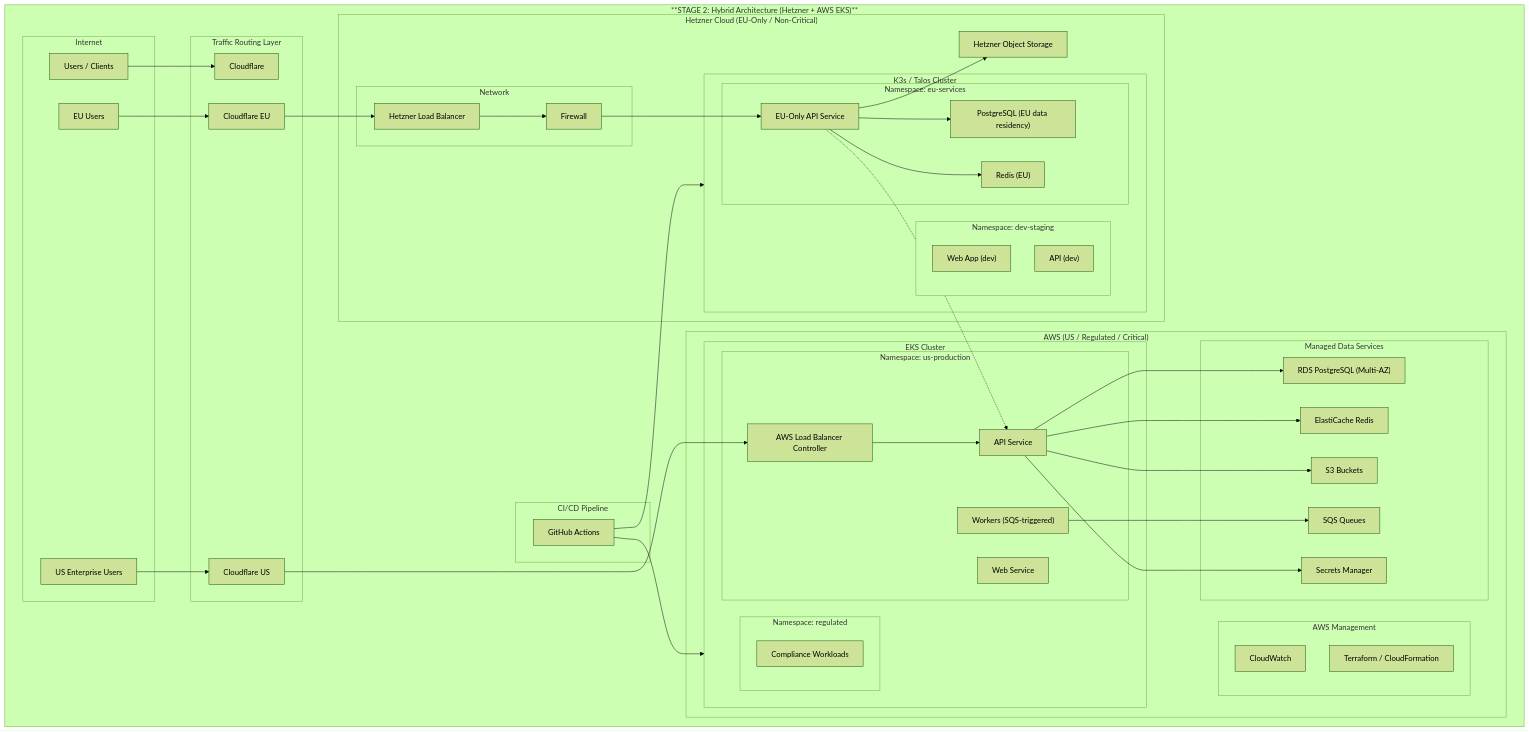
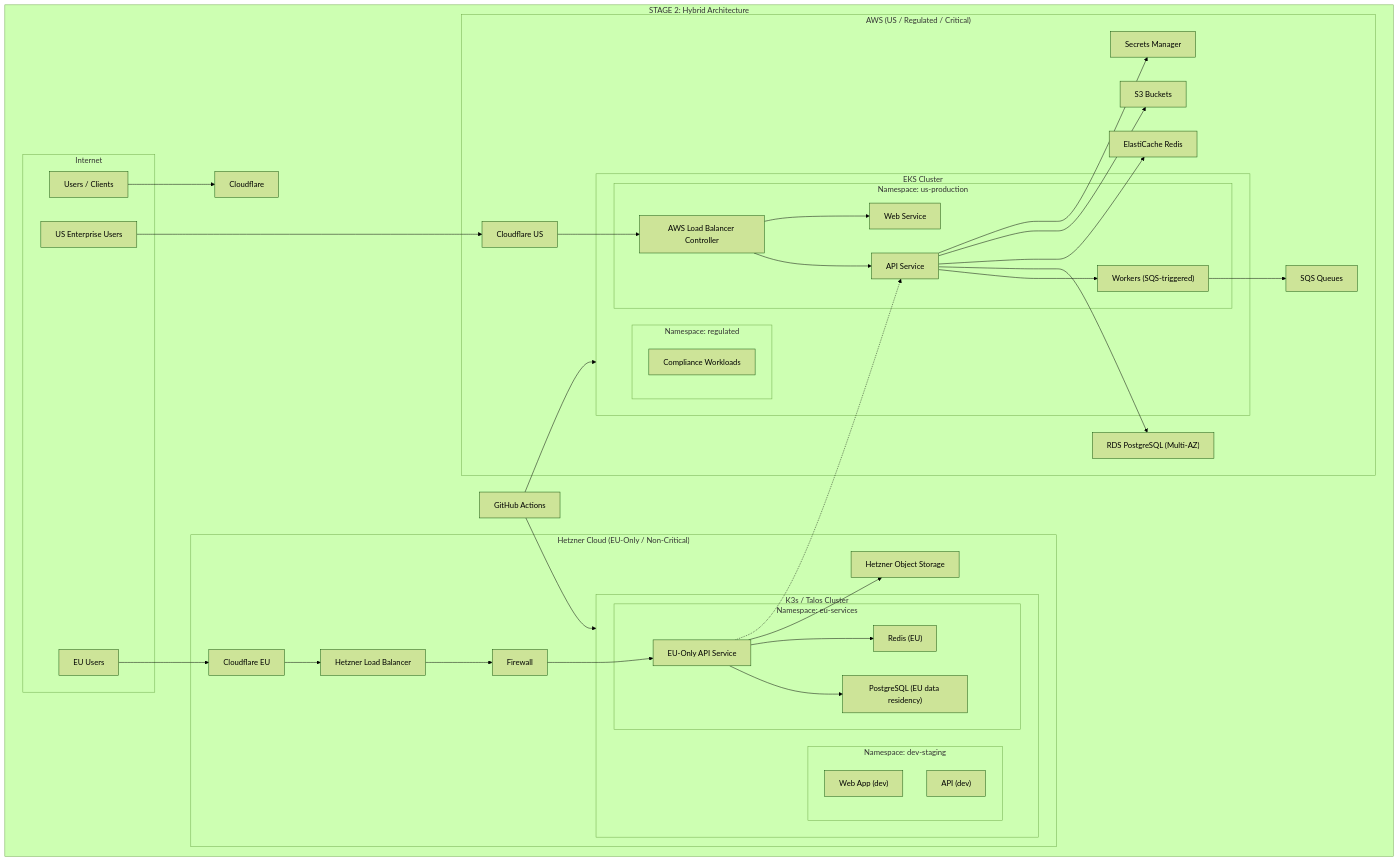
One commit to DurianLAB/hetzner-to-eks changed the third of 10 diagrams in README.md. Above: the diagram before and after it, drawn with Mermaid (forest theme). The commit also changed other lines of this file, not shown here.

````diff
--- a/README.md
+++ b/README.md
@@ -149,96 +125,64 @@
 ```mermaid
 flowchart TB
-    subgraph STAGE2["**STAGE 2: Hybrid Architecture (Hetzner + AWS EKS)**"]
+    subgraph STAGE2["STAGE 2: Hybrid Architecture"]
 
         subgraph INTERNET["Internet"]
-            USERS["Users / Clients"]
-            US_USERS["US Enterprise Users"]
-            EU_USERS["EU Users"]
+            US["Users / Clients"]
+            US_US["US Enterprise Users"]
+            EU_US["EU Users"]
         end
 
-        subgraph ROUTING["Traffic Routing Layer"]
-            CF["Cloudflare"]
-            CF_EU["Cloudflare EU"]
-            CF_US["Cloudflare US"]
-        end
+        US --> CF["Cloudflare"]
+        US_US --> CF_US["Cloudflare US"]
+        EU_US --> CF_EU["Cloudflare EU"]
 
         subgraph HETZNER["Hetzner Cloud (EU-Only / Non-Critical)"]
-            subgraph H_NET["Network"]
-                H_LB["Hetzner Load Balancer"]
-                H_FW["Firewall"]
-            end
+            CF_EU --> H_LB["Hetzner Load Balancer"]
+            H_LB --> H_FW["Firewall"]
+            H_FW --> H_API["EU-Only API Service"]
+            H_API --> H_DB["PostgreSQL (EU data residency)"]
+            H_API --> H_CACHE["Redis (EU)"]
+            H_API --> H_OBJ["Hetzner Object Storage"]
 
             subgraph H_K8S["K3s / Talos Cluster"]
-                subgraph H_NS_DEV["Namespace: dev-staging"]
+                subgraph H_NS1["Namespace: dev-staging"]
                     H_WEB_DEV["Web App (dev)"]
                     H_API_DEV["API (dev)"]
                 end
-
-                subgraph H_NS_EU["Namespace: eu-services"]
-                    H_EU_API["EU-Only API Service"]
-                    H_EU_DB["PostgreSQL (EU data residency)"]
-                    H_CACHE["Redis (EU)"]
+                subgraph H_NS2["Namespace: eu-services"]
+                    H_API
+                    H_DB
+                    H_CACHE
                 end
             end
-
-            H_OBJ["Hetzner Object Storage"]
         end
 
         subgraph AWS["AWS (US / Regulated / Critical)"]
+            CF_US --> AWS_ING["AWS Load Balancer Controller"]
+            AWS_ING --> AWS_API["API Service"]
+            AWS_ING --> AWS_WEB["Web Service"]
+            AWS_API --> AWS_WORKER["Workers (SQS-triggered)"]
+            AWS_API --> AWS_RDS["RDS PostgreSQL (Multi-AZ)"]
+            AWS_API --> AWS_ELASTI["ElastiCache Redis"]
+            AWS_API --> AWS_S3["S3 Buckets"]
+            AWS_WORKER --> AWS_SQS["SQS Queues"]
+            AWS_API --> AWS_SECRETS["Secrets Manager"]
+
             subgraph AWS_EKS["EKS Cluster"]
                 subgraph AWS_NS1["Namespace: us-production"]
-                    AWS_ING["AWS Load Balancer Controller"]
-                    AWS_API["API Service"]
-                    AWS_WEB["Web Service"]
-                    AWS_WORKER["Workers (SQS-triggered)"]
+                    AWS_ING
+                    AWS_API
+                    AWS_WEB
+                    AWS_WORKER
                 end
-
                 subgraph AWS_NS2["Namespace: regulated"]
-                    AWS_COMPLIANCE["Compliance Workloads"]
+                    AWS_COMP["Compliance Workloads"]
                 end
-            end
-
-            subgraph AWS_DATA["Managed Data Services"]
-                AWS_RDS["RDS PostgreSQL (Multi-AZ)"]
-                AWS_ELASTI["ElastiCache Redis"]
-                AWS_S3["S3 Buckets"]
-                AWS_SQS["SQS Queues"]
-                AWS_SECRETS["Secrets Manager"]
-            end
-
-            subgraph AWS_MGMT["AWS Management"]
-                AWS_CW["CloudWatch"]
-                AWS_CFN["Terraform / CloudFormation"]
             end
         end
 
-        subgraph CI_CD["CI/CD Pipeline"]
-            GH_ACTIONS["GitHub Actions"]
-        end
-
-        USERS --> CF
-        US_USERS --> CF_US
-        EU_USERS --> CF_EU
-
-        CF_EU --> H_LB
-        CF_US --> AWS_ING
-
-        H_LB --> H_FW
-        H_FW --> H_EU_API
-        H_EU_API --> H_EU_DB
-        H_EU_API --> H_CACHE
-        H_EU_API --> H_OBJ
-
-        AWS_ING --> AWS_API
-        AWS_API --> AWS_RDS
-        AWS_API --> AWS_ELASTI
-        AWS_API --> AWS_S3
-        AWS_WORKER --> AWS_SQS
-        AWS_API --> AWS_SECRETS
-
-        H_EU_API -.-> AWS_API
-
-        GH_ACTIONS --> AWS_EKS
-        GH_ACTIONS --> H_K8S
+        H_API -.-> AWS_API
+        GH["GitHub Actions"] --> AWS_EKS
+        GH --> H_K8S
     end
 ```
````
